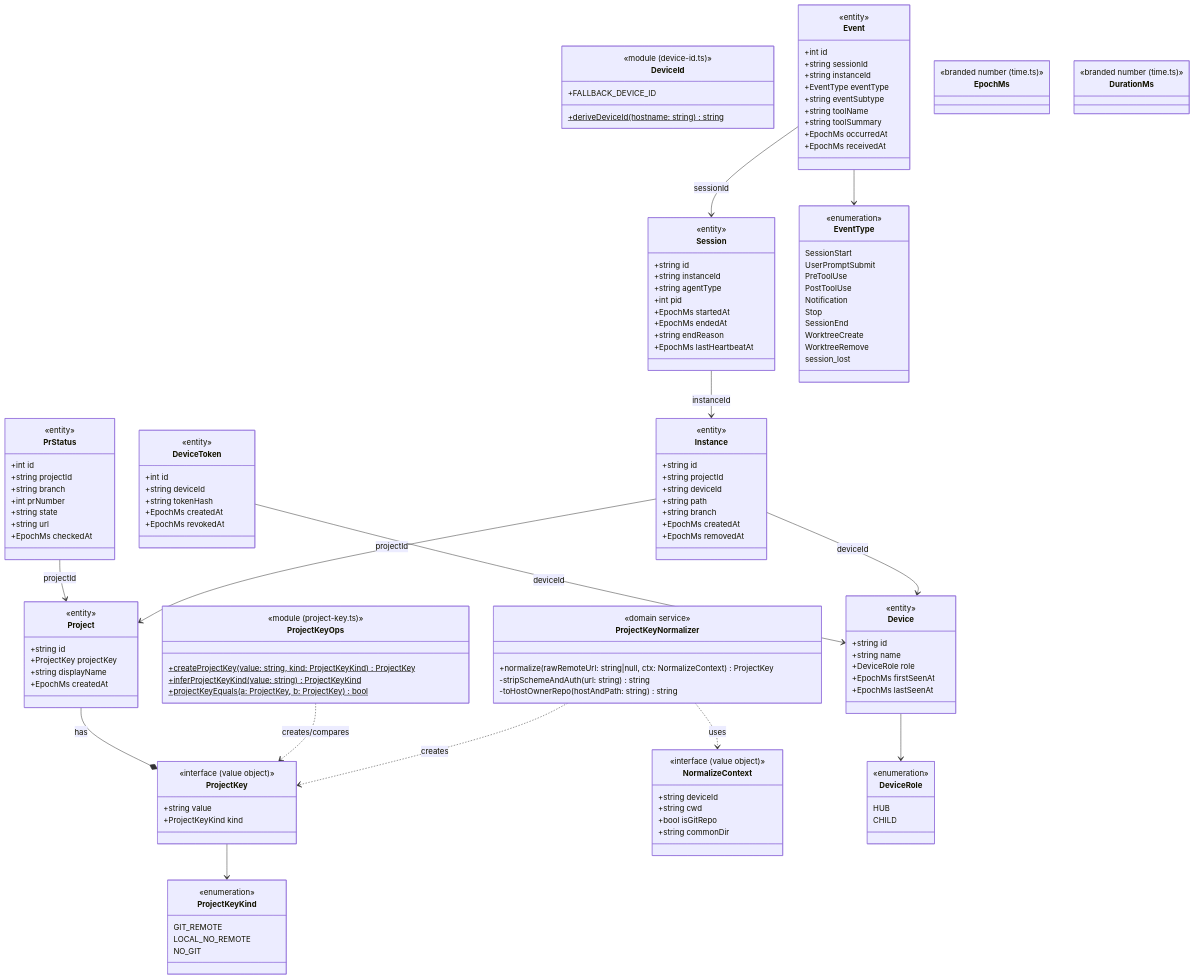
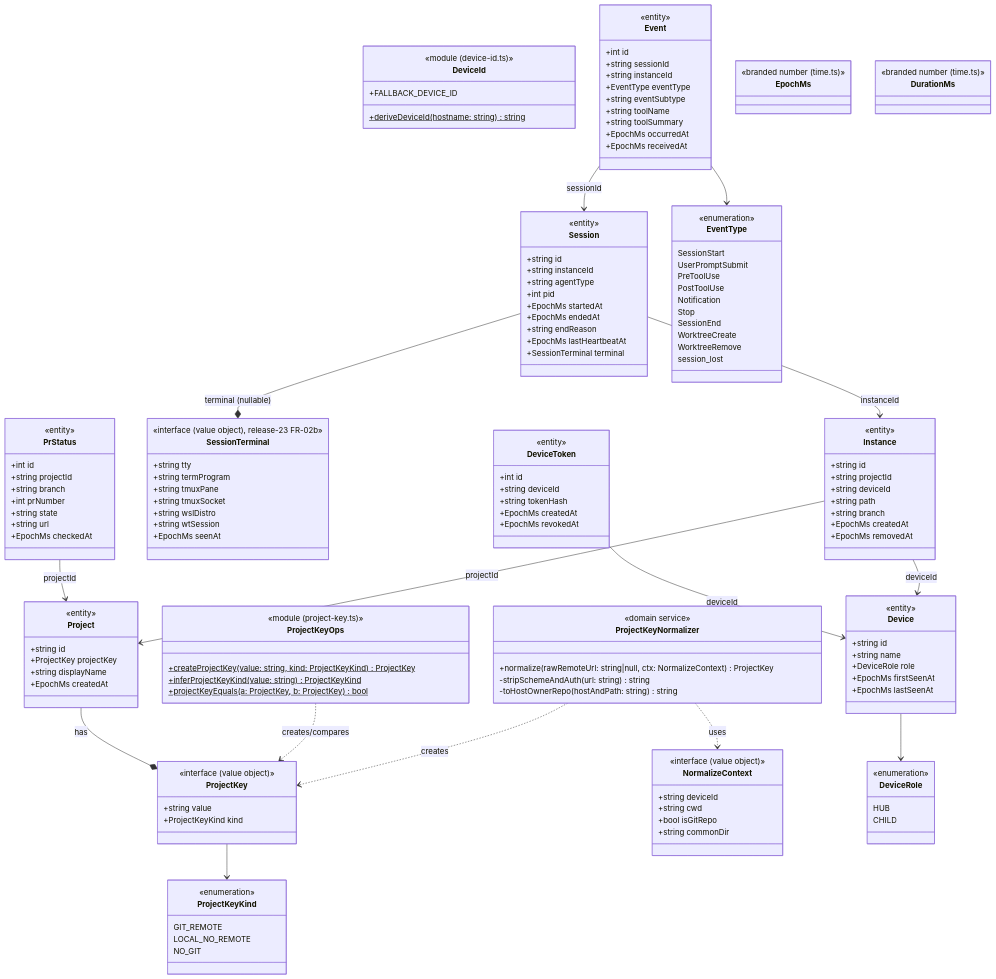
One commit to sumihiro3/Monomi changed the first of 4 diagrams in docs/design/class-diagram.md. Above: the diagram before and after it, drawn with Mermaid. The commit also changed other lines of this file and 8 other files, not shown here.

First line of the commit message:
docs: release-23-terminal-focusの実装差分をARCHITECTURE.md・README・クラス図・known-issues.md・CHANGELOGに同期し要件定義書の表整形を反映

```diff
--- a/docs/design/class-diagram.md
+++ b/docs/design/class-diagram.md
@@ -87,6 +87,17 @@
     +EpochMs endedAt
     +string endReason
     +EpochMs lastHeartbeatAt
+    +SessionTerminal terminal
+  }
+  class SessionTerminal {
+    <<interface (value object), release-23 FR-02b>>
+    +string tty
+    +string termProgram
+    +string tmuxPane
+    +string tmuxSocket
+    +string wslDistro
+    +string wtSession
+    +EpochMs seenAt
   }
   class Event {
     <<entity>>
@@ -146,6 +157,7 @@
   Instance --> Project : projectId
   Instance --> Device : deviceId
   Session --> Instance : instanceId
+  Session --* SessionTerminal : terminal (nullable)
   Event --> Session : sessionId
   Event --> EventType
   Device --> DeviceRole
```
